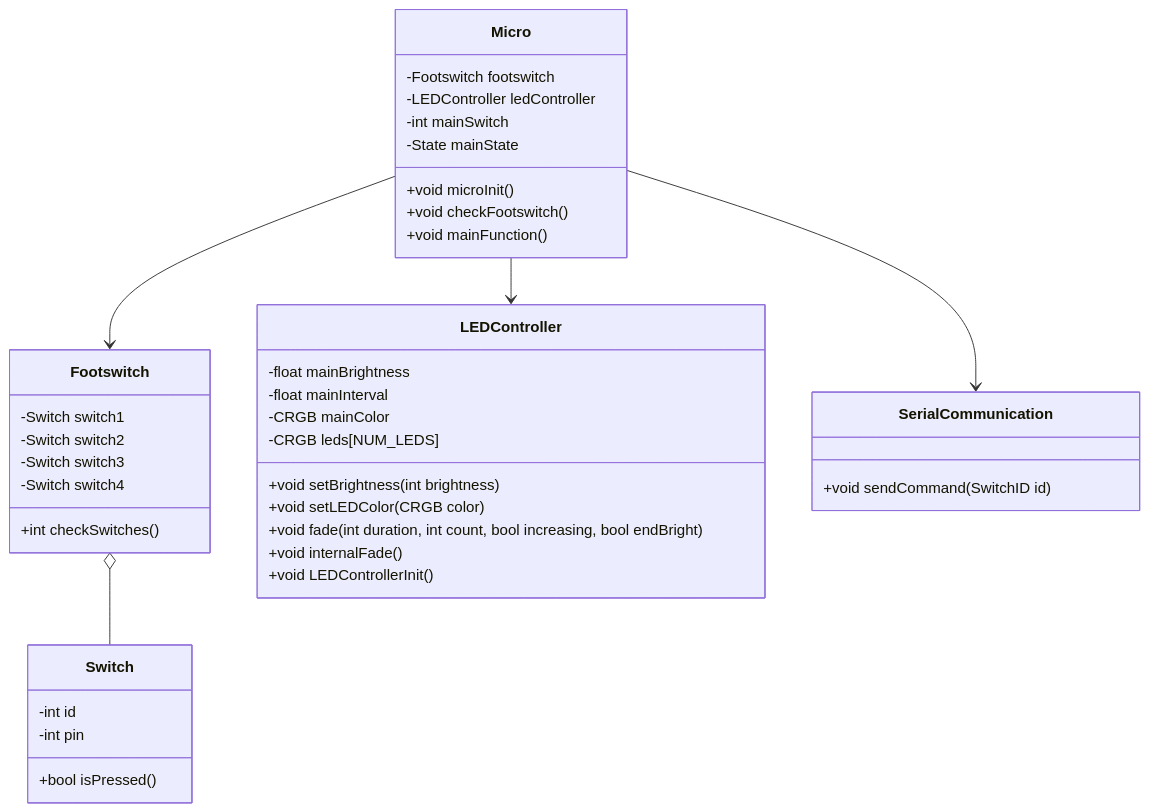
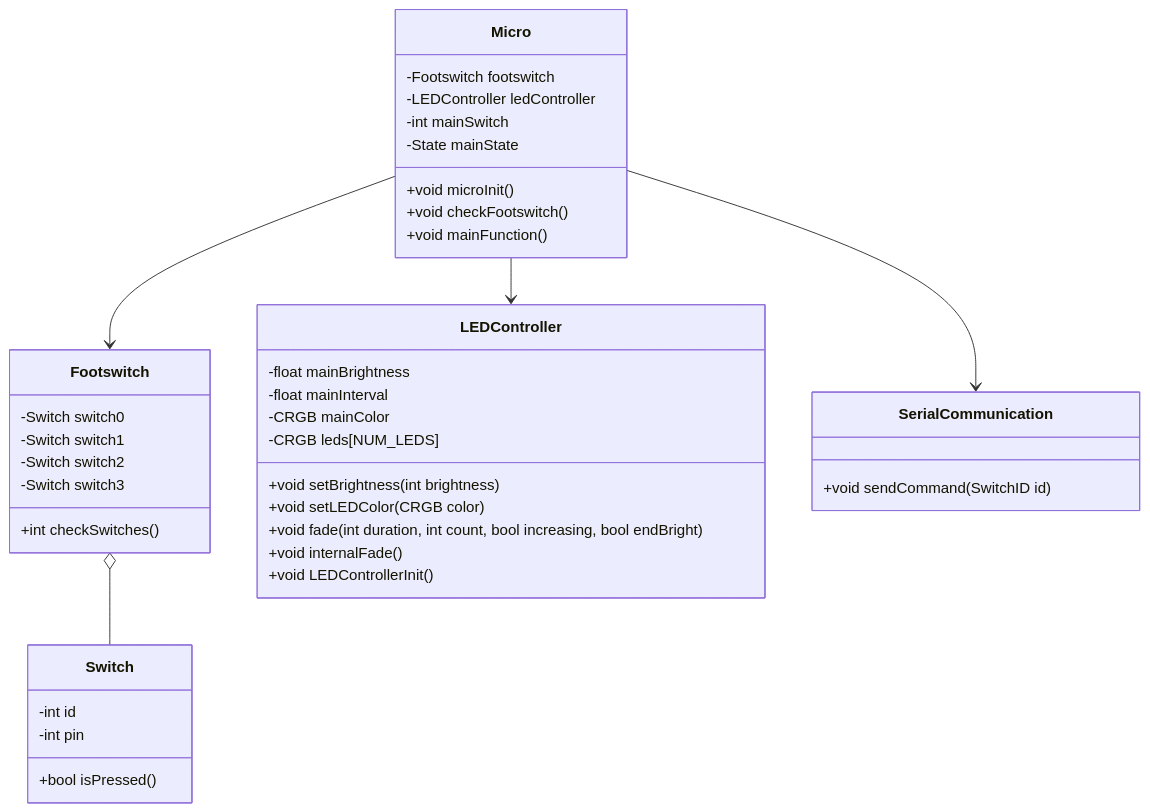
The diagram in doc/design/module/Module.md (c-coyne/logic-pro-transport-controller), drawn with Mermaid before and after one commit. The commit also changed 7 other files, not shown here.

Commit message:
Changed functionality to match new state diagram w/ REWIND & FASTFORWARD features

````diff
--- a/doc/design/module/Module.md
+++ b/doc/design/module/Module.md
@@ -3,42 +3,42 @@
 ```mermaid
 classDiagram
     Footswitch o-- Switch
     Micro --> Footswitch
     Micro --> LEDController
     Micro --> SerialCommunication
     class Switch{
         -int id
         -int pin
         +bool isPressed()
     }
     class Footswitch{
+        -Switch switch0
         -Switch switch1
         -Switch switch2
         -Switch switch3
-        -Switch switch4
         +int checkSwitches()
     }
     class Micro{
         -Footswitch footswitch
         -LEDController ledController
         -int mainSwitch
         -State mainState
         +void microInit()
         +void checkFootswitch()
         +void mainFunction()
     }
     class LEDController{
         -float mainBrightness
         -float mainInterval
         -CRGB mainColor
         -CRGB leds[NUM_LEDS]
         +void setBrightness(int brightness)
         +void setLEDColor(CRGB color)
         +void fade(int duration, int count, bool increasing, bool endBright)
         +void internalFade()
         +void LEDControllerInit()
     }
     class SerialCommunication{
         +void sendCommand(SwitchID id)
     }
 ```
````
